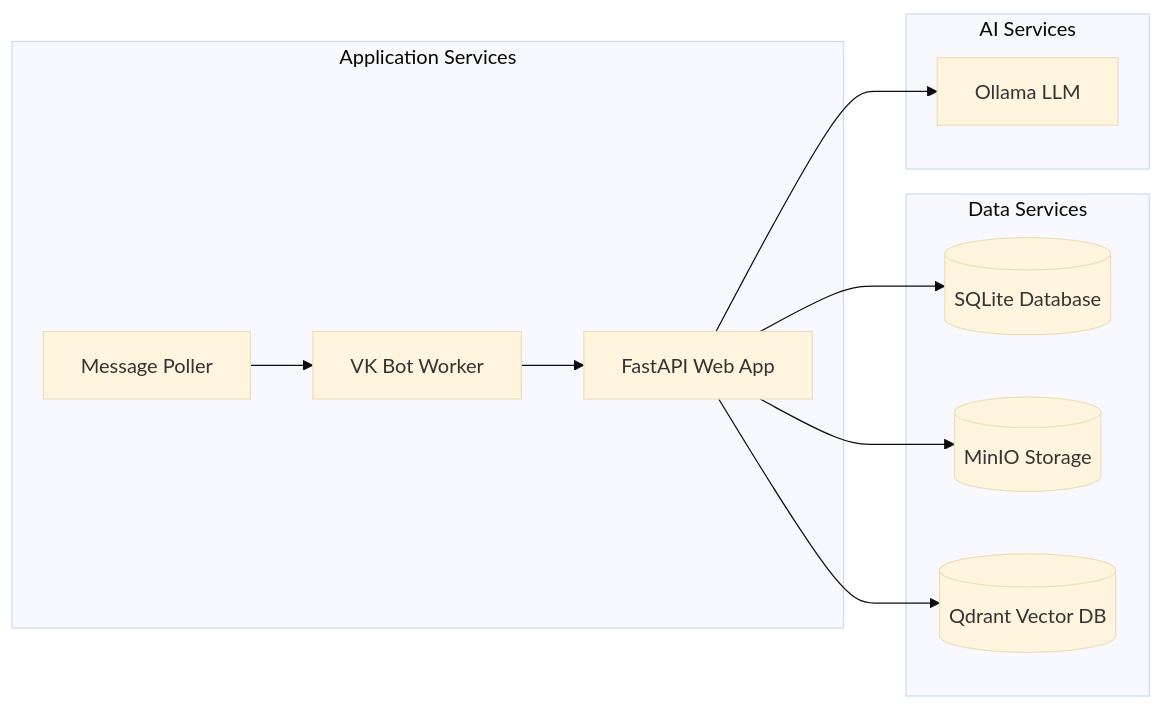
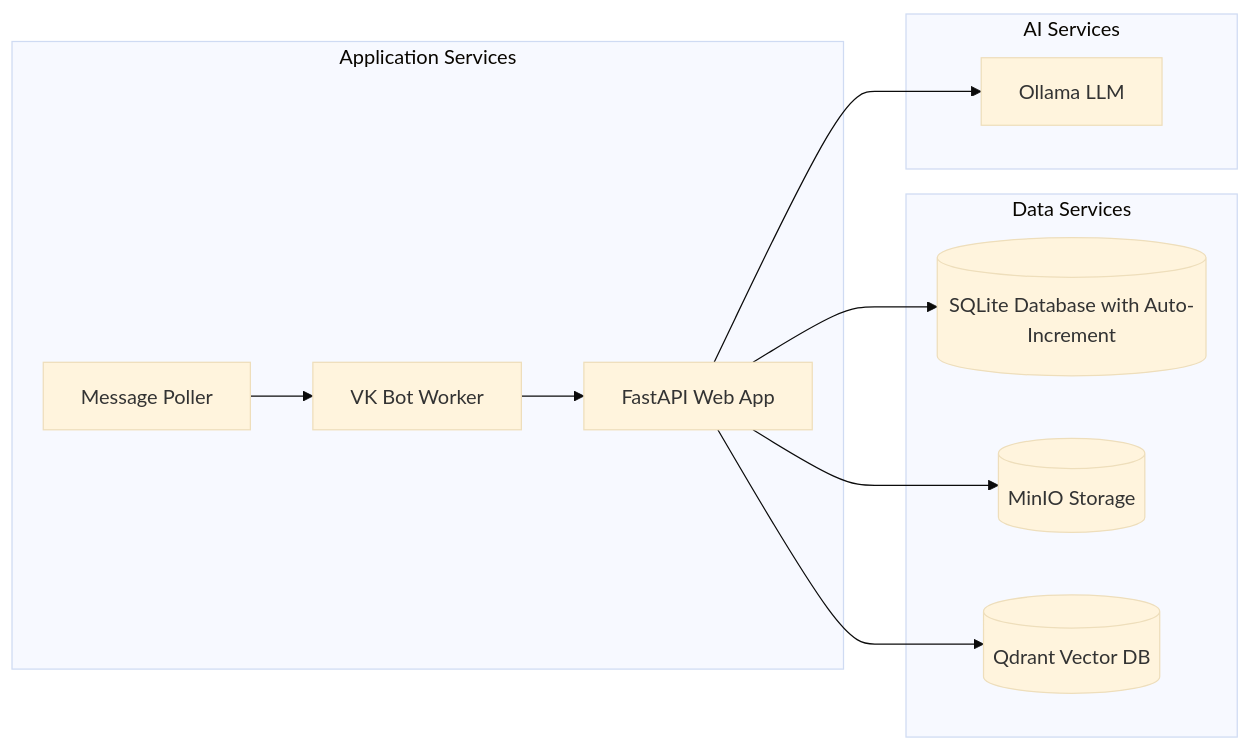
Diagram 11 of 11 in .qoder/repowiki/en/content/Document Management System.md (ognelis/cafetera_hr_bot), drawn with Mermaid (base theme) before and after one commit. The commit also changed other lines of this file and 7 other files, not shown here.

````diff
--- a/.qoder/repowiki/en/content/Document Management System.md
+++ b/.qoder/repowiki/en/content/Document Management System.md
@@ -466,22 +580,22 @@
 ```mermaid
 graph LR
 subgraph "Application Services"
 Web[FastAPI Web App]
 Bot[VK Bot Worker]
 Poller[Message Poller]
 end
 subgraph "Data Services"
-DB[(SQLite Database)]
+DB[(SQLite Database with Auto-Increment)]
 MinIO[(MinIO Storage)]
 Qdrant[(Qdrant Vector DB)]
 end
 subgraph "AI Services"
 Ollama[Ollama LLM]
 end
 Web --> DB
 Web --> MinIO
 Web --> Qdrant
 Bot --> Web
 Poller --> Bot
 Web --> Ollama
 ```
````
